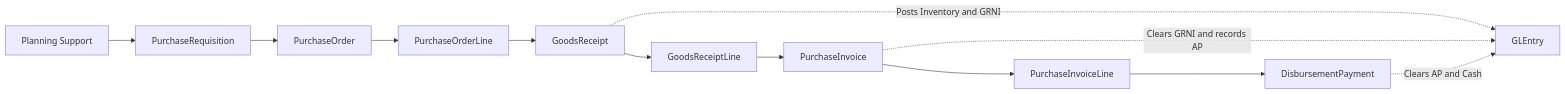
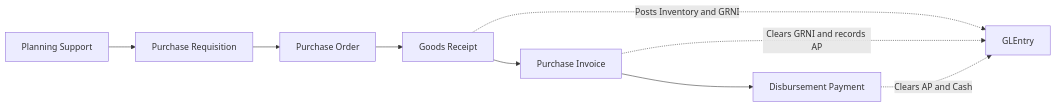
Before and after one commit to mmcodesso/greenfield_database: the first of 7 diagrams in docs/processes/p2p.md, drawn with Mermaid. The commit also changed other lines of this file and 6 other files, not shown here.

````diff
--- a/docs/processes/p2p.md
+++ b/docs/processes/p2p.md
@@ -20,18 +20,15 @@
 ```mermaid
 flowchart LR
     PLAN[Planning Support]
-    PR[PurchaseRequisition]
-    PO[PurchaseOrder]
-    POL[PurchaseOrderLine]
-    GR[GoodsReceipt]
-    GRL[GoodsReceiptLine]
-    PI[PurchaseInvoice]
-    PIL[PurchaseInvoiceLine]
-    DP[DisbursementPayment]
+    PR[Purchase Requisition]
+    PO[Purchase Order]
+    GR[Goods Receipt]
+    PI[Purchase Invoice]
+    DP[Disbursement Payment]
     GL[GLEntry]
 
-    PLAN --> PR --> PO --> POL --> GR --> GRL --> PI --> PIL --> DP
+    PLAN --> PR --> PO --> GR -->  PI -->  DP
     GR -. Posts Inventory and GRNI .-> GL
     PI -. Clears GRNI and records AP .-> GL
     DP -. Clears AP and Cash .-> GL
 ```
````
